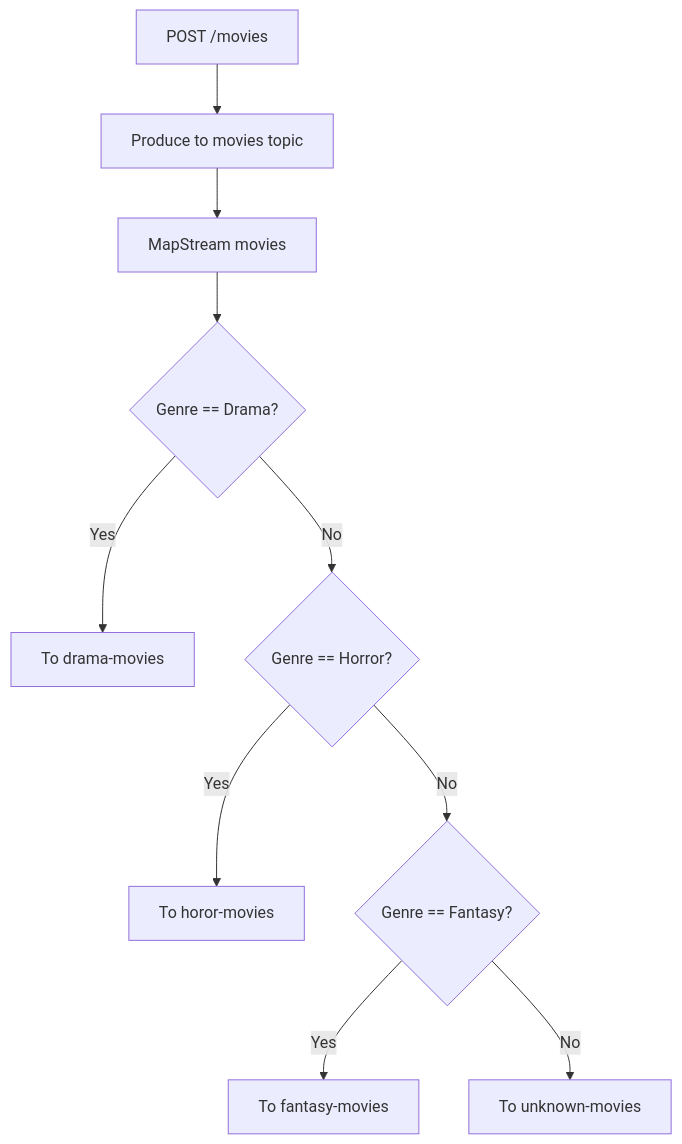
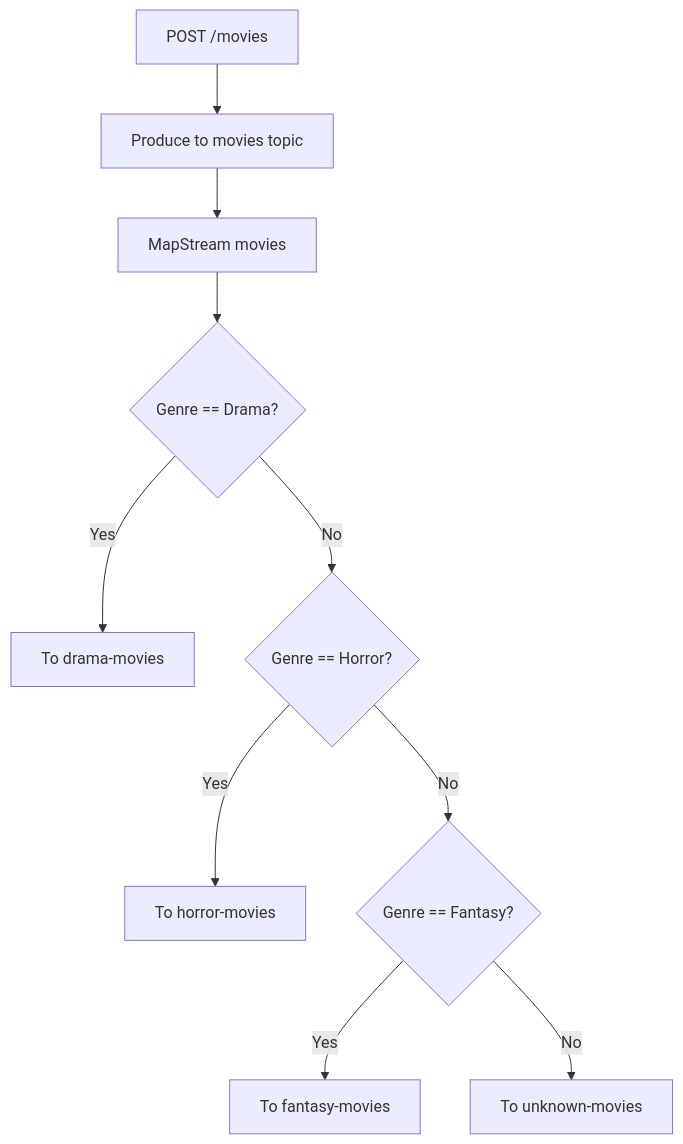
The diagram in docs/stream-branching.md (pmdevers/MinimalKafka), drawn with Mermaid before and after one commit. The commit also changed other lines of this file and 30 other files, not shown here.

````diff
--- a/docs/stream-branching.md
+++ b/docs/stream-branching.md
@@ -29,12 +29,12 @@
 ```mermaid
 flowchart TD
     A[POST /movies] --> B[Produce to movies topic]
     B --> C[MapStream movies]
     C --> D1{Genre == Drama?}
     D1 -- Yes --> E1[To drama-movies]
     D1 -- No --> D2{Genre == Horror?}
-    D2 -- Yes --> E2[To horor-movies]
+    D2 -- Yes --> E2[To horror-movies]
     D2 -- No --> D3{Genre == Fantasy?}
     D3 -- Yes --> E3[To fantasy-movies]
     D3 -- No --> E4[To unknown-movies]
 ```
````
